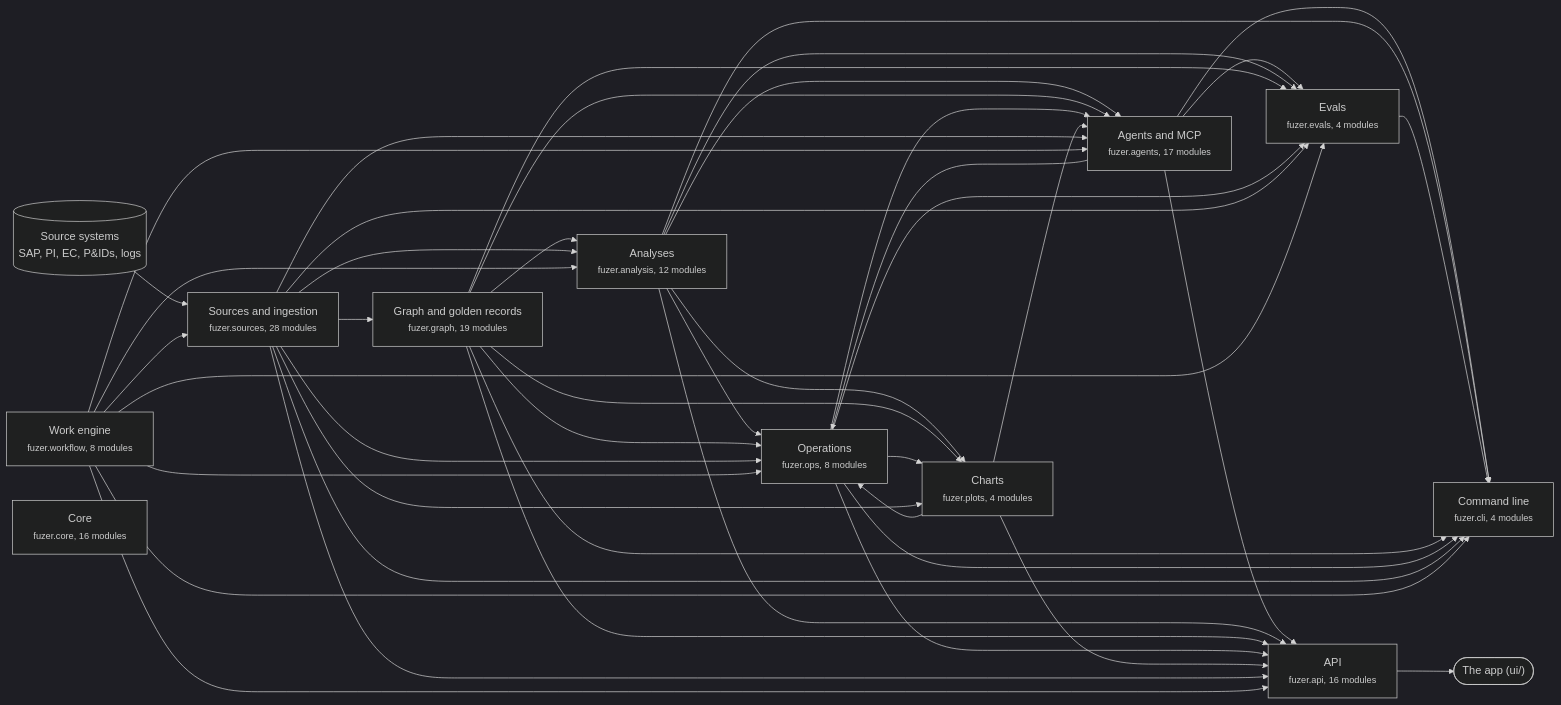
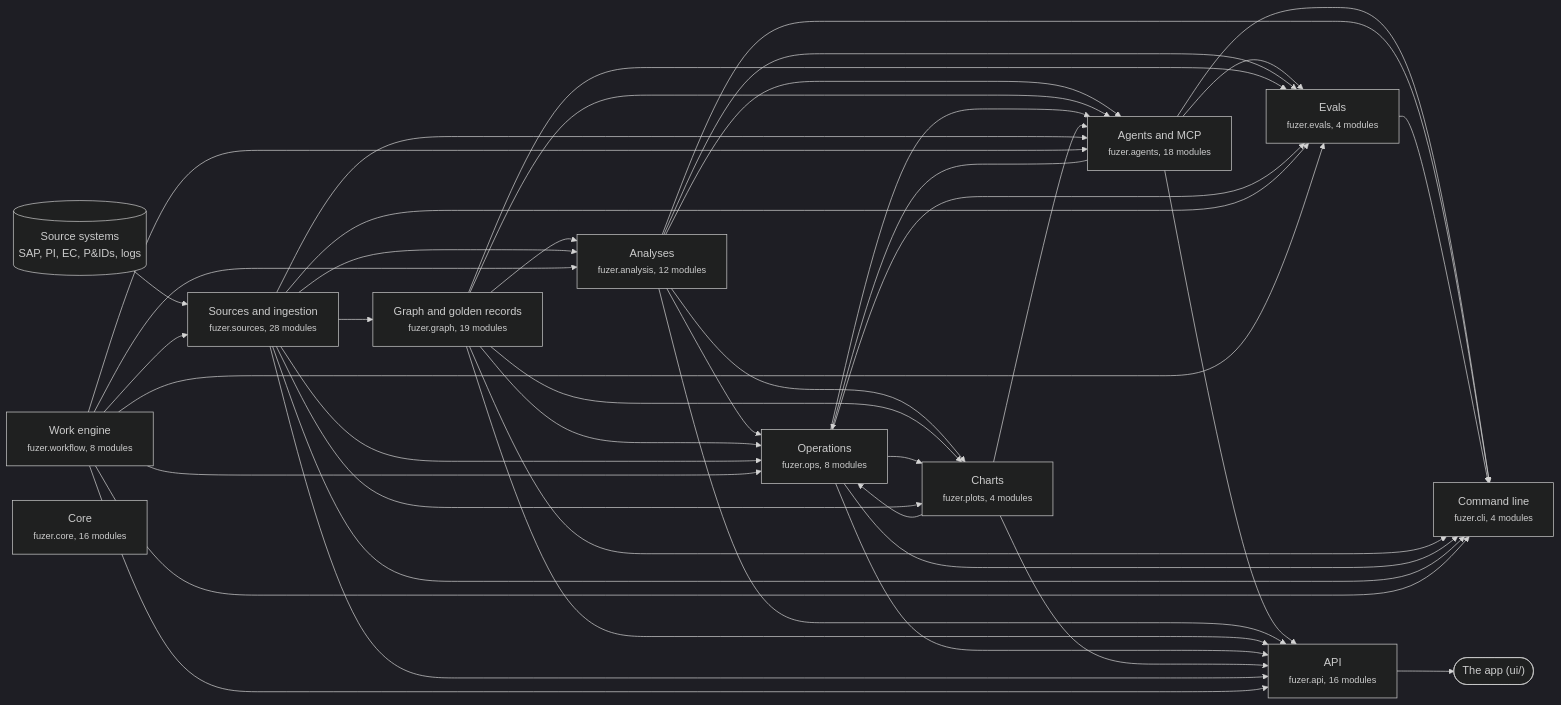
The first of 3 diagrams in docs/architecture.md (areed145/fuzer), drawn with Mermaid (dark theme) before and after one commit. The commit also changed other lines of this file and 72 other files, not shown here.

````diff
--- a/docs/architecture.md
+++ b/docs/architecture.md
@@ -8,69 +8,69 @@
 ```mermaid
 flowchart LR
   systems[("Source systems<br>SAP, PI, EC, P&IDs, logs")] --> c_sources
   app(["The app (ui/)"])
   c_api --> app
   c_sources["Sources and ingestion<br><small>fuzer.sources, 28 modules</small>"]
   c_graph["Graph and golden records<br><small>fuzer.graph, 19 modules</small>"]
   c_analysis["Analyses<br><small>fuzer.analysis, 12 modules</small>"]
   c_ops["Operations<br><small>fuzer.ops, 8 modules</small>"]
   c_plots["Charts<br><small>fuzer.plots, 4 modules</small>"]
   c_workflow["Work engine<br><small>fuzer.workflow, 8 modules</small>"]
-  c_agents["Agents and MCP<br><small>fuzer.agents, 17 modules</small>"]
+  c_agents["Agents and MCP<br><small>fuzer.agents, 18 modules</small>"]
   c_evals["Evals<br><small>fuzer.evals, 4 modules</small>"]
   c_api["API<br><small>fuzer.api, 16 modules</small>"]
   c_cli["Command line<br><small>fuzer.cli, 4 modules</small>"]
   c_core["Core<br><small>fuzer.core, 16 modules</small>"]
   c_workflow --> c_sources
   c_sources --> c_graph
   c_graph --> c_analysis
   c_sources --> c_analysis
   c_workflow --> c_analysis
   c_agents --> c_ops
   c_analysis --> c_ops
   c_graph --> c_ops
   c_plots --> c_ops
   c_sources --> c_ops
   c_workflow --> c_ops
   c_analysis --> c_plots
   c_graph --> c_plots
   c_ops --> c_plots
   c_sources --> c_plots
   c_analysis --> c_agents
   c_graph --> c_agents
   c_ops --> c_agents
   c_plots --> c_agents
   c_sources --> c_agents
   c_workflow --> c_agents
   c_agents --> c_evals
   c_analysis --> c_evals
   c_graph --> c_evals
   c_ops --> c_evals
   c_sources --> c_evals
   c_workflow --> c_evals
   c_agents --> c_api
   c_analysis --> c_api
   c_graph --> c_api
   c_ops --> c_api
   c_plots --> c_api
   c_sources --> c_api
   c_workflow --> c_api
   c_agents --> c_cli
   c_analysis --> c_cli
   c_evals --> c_cli
   c_graph --> c_cli
   c_ops --> c_cli
   c_sources --> c_cli
   c_workflow --> c_cli
   click c_sources "https://github.com/areed145/fuzer/tree/main/src/fuzer/sources"
   click c_graph "https://github.com/areed145/fuzer/tree/main/src/fuzer/graph"
   click c_analysis "https://github.com/areed145/fuzer/tree/main/src/fuzer/analysis"
   click c_ops "https://github.com/areed145/fuzer/tree/main/src/fuzer/ops"
   click c_plots "https://github.com/areed145/fuzer/tree/main/src/fuzer/plots"
   click c_workflow "https://github.com/areed145/fuzer/tree/main/src/fuzer/workflow"
   click c_agents "https://github.com/areed145/fuzer/tree/main/src/fuzer/agents"
   click c_evals "https://github.com/areed145/fuzer/tree/main/src/fuzer/evals"
   click c_api "https://github.com/areed145/fuzer/tree/main/src/fuzer/api"
   click c_cli "https://github.com/areed145/fuzer/tree/main/src/fuzer/cli"
   click c_core "https://github.com/areed145/fuzer/tree/main/src/fuzer/core"
 ```
````
